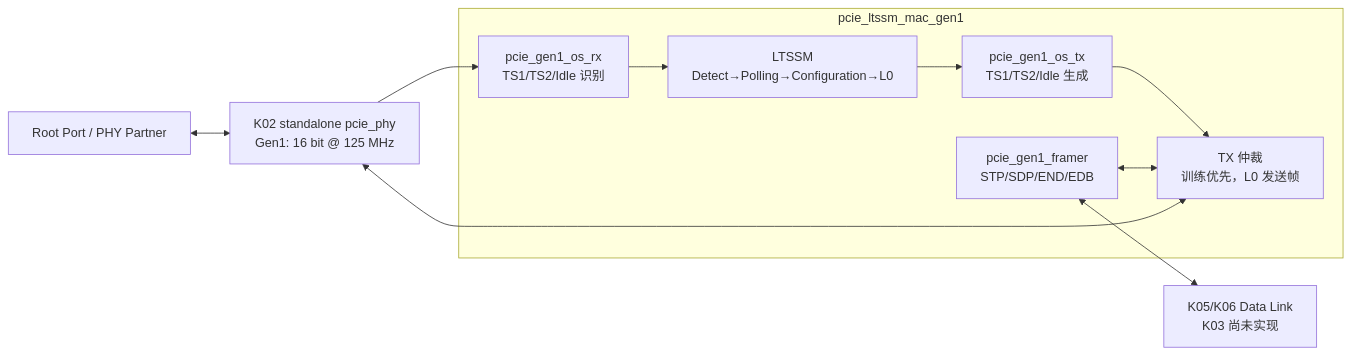
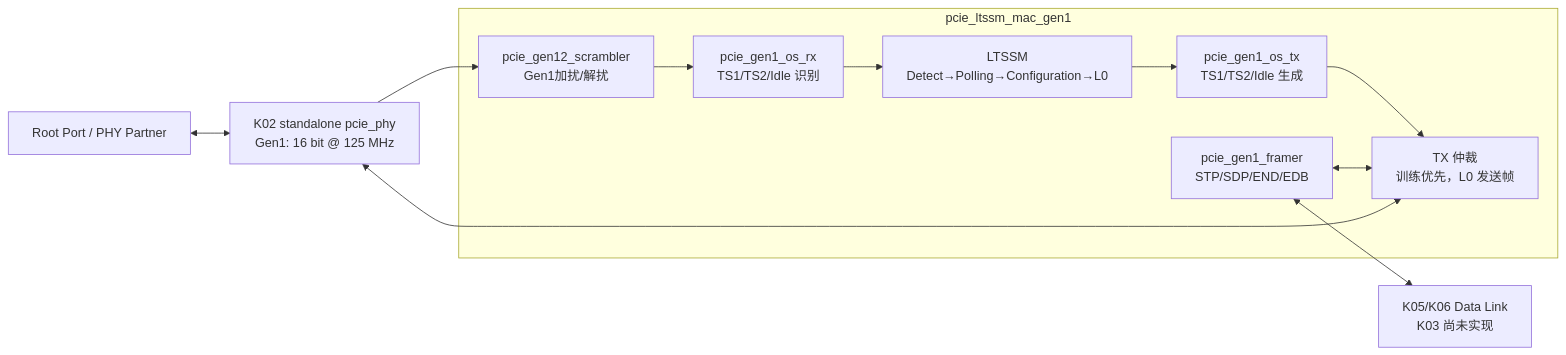
The diagram in pcie_ep_kcu105/docs/architecture/k03-gen1-ltssm-mac.md (FPGA-liyinlong08/pcie-ep), drawn with Mermaid before and after one commit. The commit also changed other lines of this file and 21 other files, not shown here.

````diff
--- a/pcie_ep_kcu105/docs/architecture/k03-gen1-ltssm-mac.md
+++ b/pcie_ep_kcu105/docs/architecture/k03-gen1-ltssm-mac.md
@@ -29,22 +29,23 @@
 ```mermaid
 flowchart LR
     PARTNER["Root Port / PHY Partner"]
     PHY["K02 standalone pcie_phy<br/>Gen1: 16 bit @ 125 MHz"]
 
     subgraph K03["pcie_ltssm_mac_gen1"]
+        SCR["pcie_gen12_scrambler<br/>Gen1加扰/解扰"]
         RXOS["pcie_gen1_os_rx<br/>TS1/TS2/Idle 识别"]
         FSM["LTSSM<br/>Detect→Polling→Configuration→L0"]
         TXOS["pcie_gen1_os_tx<br/>TS1/TS2/Idle 生成"]
         FR["pcie_gen1_framer<br/>STP/SDP/END/EDB"]
         ARB["TX 仲裁<br/>训练优先，L0 发送帧"]
         RXOS --> FSM --> TXOS --> ARB
         FR <--> ARB
     end
 
     DLL["K05/K06 Data Link<br/>K03 尚未实现"]
 
     PARTNER <--> PHY
-    PHY --> RXOS
+    PHY --> SCR --> RXOS
     PHY <--> ARB
     FR <--> DLL
 ```
````
